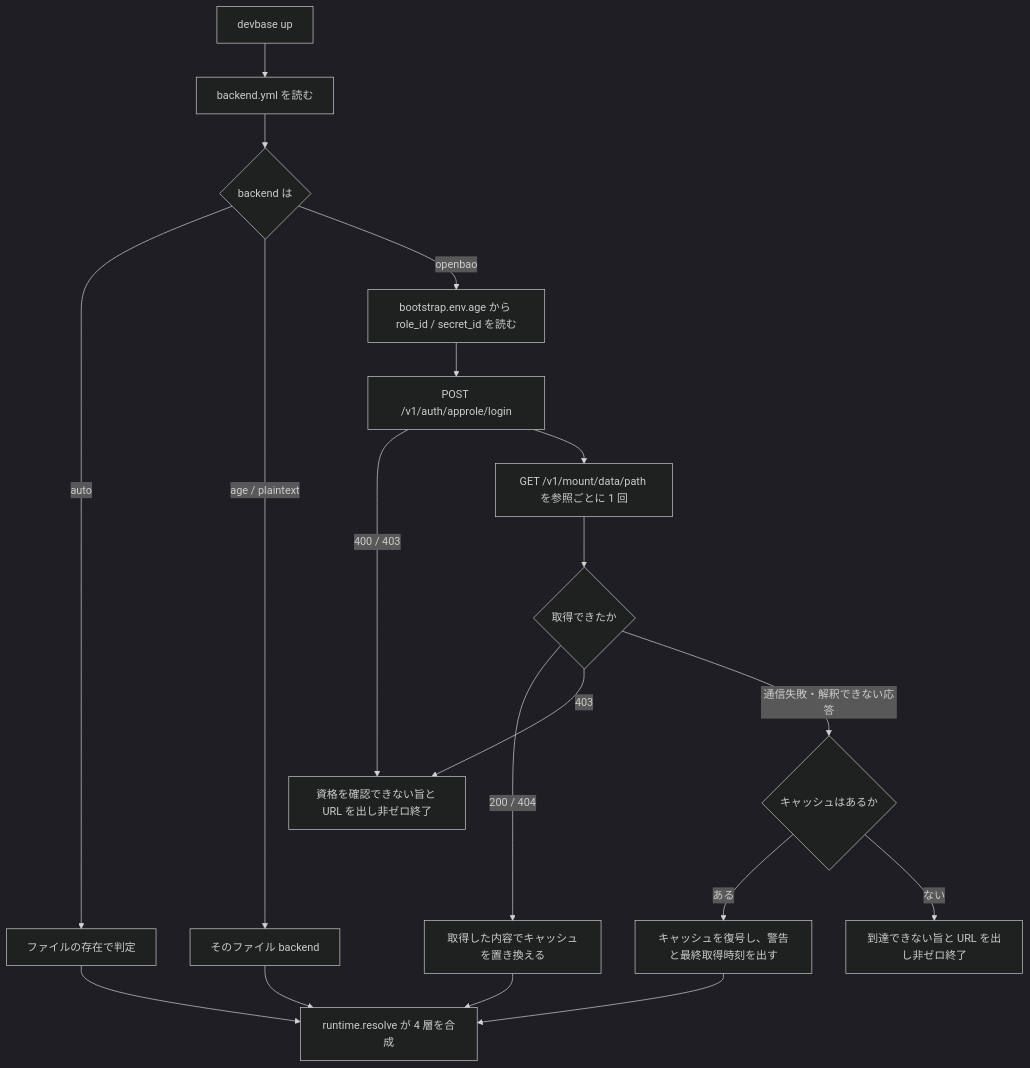
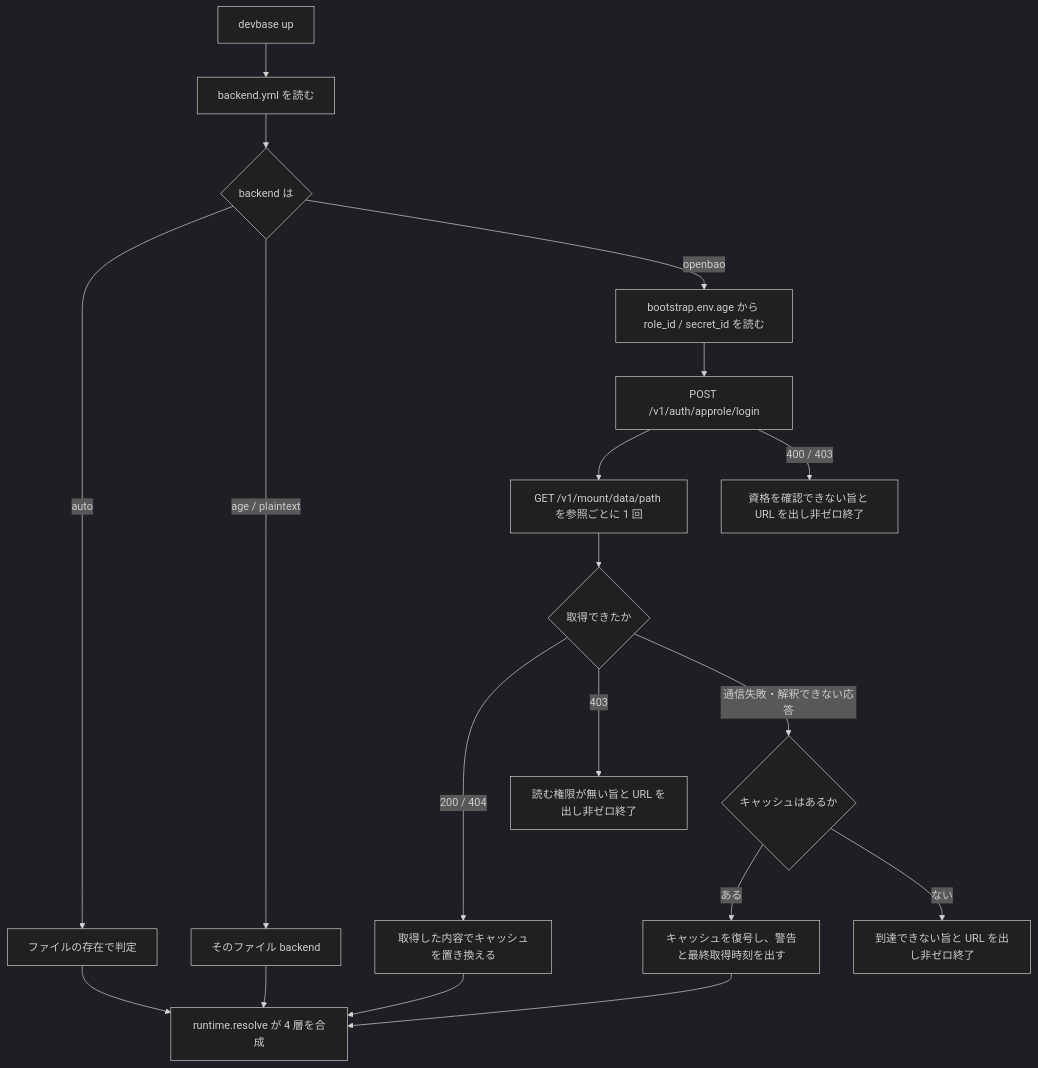
One commit to devbasex/devbase changed the second of 2 diagrams in docs/specifications/secret-backend.md. Above: the diagram before and after it, drawn with Mermaid (dark theme). The commit also changed other lines of this file, not shown here.

First line of the commit message:
docs(PLAN51): CAS の基準を読んだときの版にし、取得 403 の遷移先を図で分ける

````diff
--- a/docs/specifications/secret-backend.md
+++ b/docs/specifications/secret-backend.md
@@ -271,21 +276,21 @@
 ```mermaid
 flowchart TD
     A[devbase up] --> B[backend.yml を読む]
     B --> C{backend は}
     C -->|auto| D[ファイルの存在で判定]
     C -->|age / plaintext| E[そのファイル backend]
     C -->|openbao| F[bootstrap.env.age から role_id / secret_id を読む]
     F --> G[POST /v1/auth/approle/login]
-    G -->|400 / 403| P
     G --> H[GET /v1/mount/data/path を参照ごとに 1 回]
     H --> I{取得できたか}
     I -->|200 / 404| J[取得した内容でキャッシュを置き換える]
-    I -->|403| P[資格を確認できない旨と URL を出し非ゼロ終了]
+    I -->|403| Q[読む権限が無い旨と URL を出し非ゼロ終了]
+    G -->|400 / 403| P[資格を確認できない旨と URL を出し非ゼロ終了]
     I -->|通信失敗・解釈できない応答| K{キャッシュはあるか}
     K -->|ある| L[キャッシュを復号し、警告と最終取得時刻を出す]
     K -->|ない| M[到達できない旨と URL を出し非ゼロ終了]
     D --> N[runtime.resolve が 4 層を合成]
     E --> N
     J --> N
     L --> N
 ```
````
